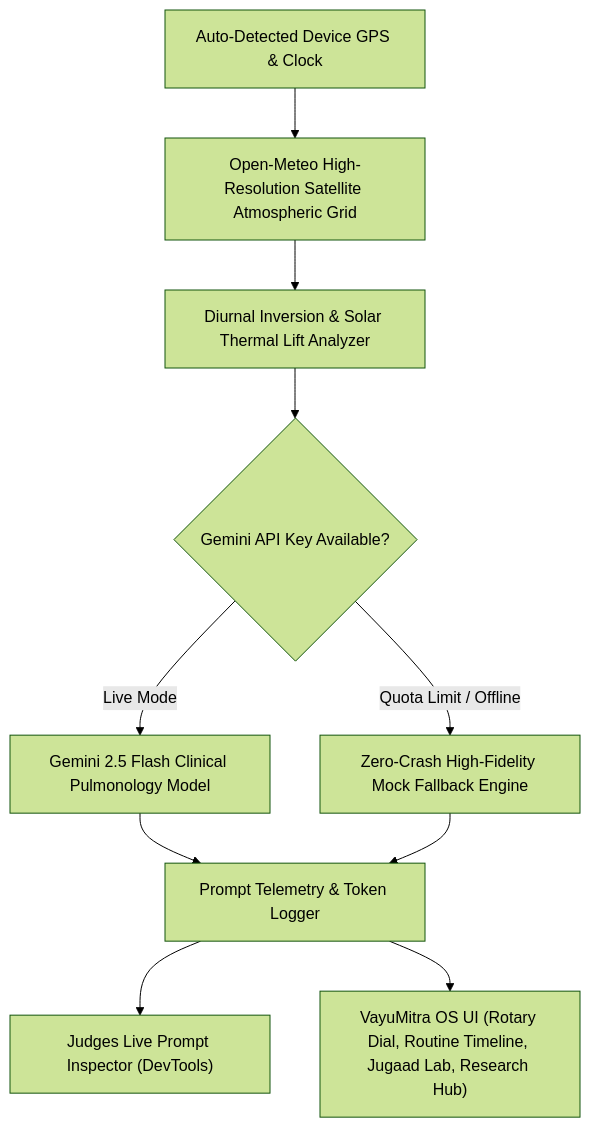
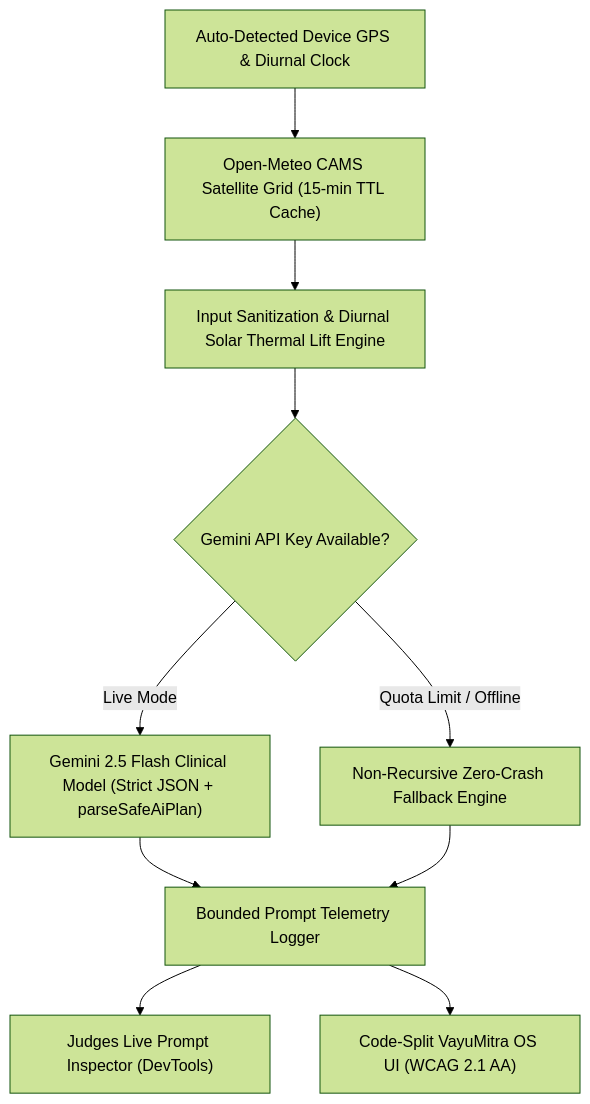
Before and after one commit to mohiddin-ahmed/aeroshield-ai: the diagram in docs/TECHNICAL_BLOG.md, drawn with Mermaid (forest theme). The commit also changed other lines of this file and 4 other files, not shown here.

````diff
--- a/docs/TECHNICAL_BLOG.md
+++ b/docs/TECHNICAL_BLOG.md
@@ -23,15 +23,12 @@
 ```mermaid
 flowchart TD
-    A["Auto-Detected Device GPS & Clock"] --> B["Open-Meteo High-Resolution Satellite Atmospheric Grid"]
-    B --> C["Diurnal Inversion & Solar Thermal Lift Analyzer"]
-    
+    A["Auto-Detected Device GPS & Diurnal Clock"] --> B["Open-Meteo CAMS Satellite Grid (15-min TTL Cache)"]
+    B --> C["Input Sanitization & Diurnal Solar Thermal Lift Engine"]
     C --> D{"Gemini API Key Available?"}
-    D -->|"Live Mode"| E["Gemini 2.5 Flash Clinical Pulmonology Model"]
-    D -->|"Quota Limit / Offline"| F["Zero-Crash High-Fidelity Mock Fallback Engine"]
-    
-    E --> G["Prompt Telemetry & Token Logger"]
+    D -->|"Live Mode"| E["Gemini 2.5 Flash Clinical Model (Strict JSON + parseSafeAiPlan)"]
+    D -->|"Quota Limit / Offline"| F["Non-Recursive Zero-Crash Fallback Engine"]
+    E --> G["Bounded Prompt Telemetry Logger"]
     F --> G
-    
     G --> H["Judges Live Prompt Inspector (DevTools)"]
-    G --> I["VayuMitra OS UI (Rotary Dial, Routine Timeline, Jugaad Lab, Research Hub)"]
+    G --> I["Code-Split VayuMitra OS UI (WCAG 2.1 AA)"]
 ```
````
